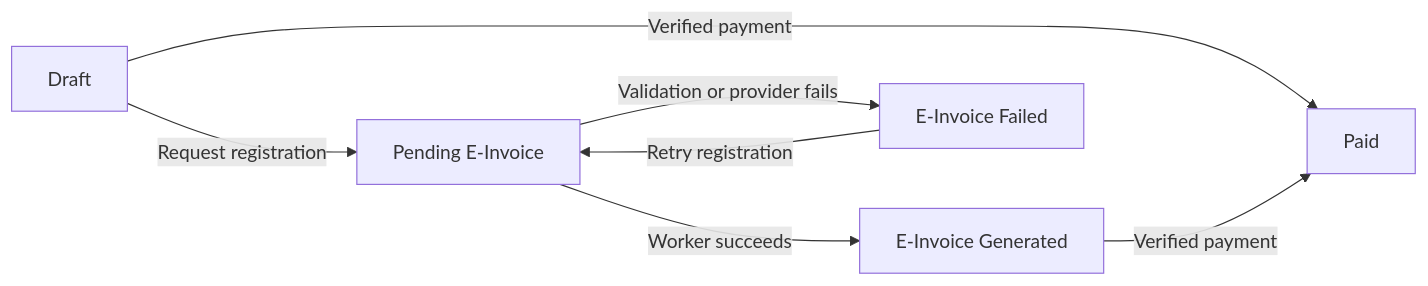
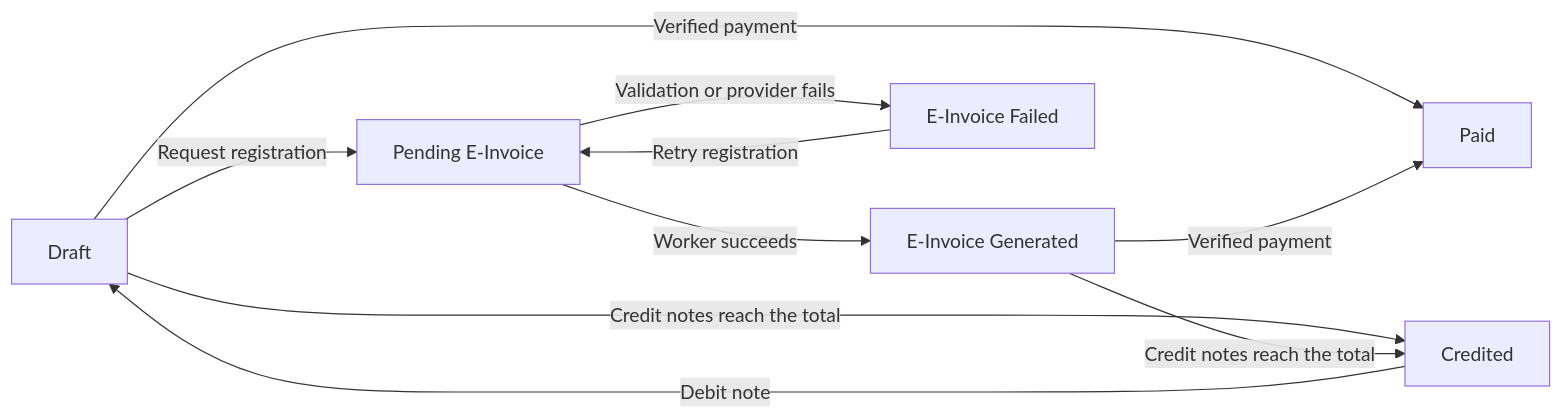
The second of 3 diagrams in docs/Business.md (phravins/QuantumBilling), drawn with Mermaid before and after one commit. The commit also changed other lines of this file and 23 other files, not shown here.

Commit message:
Limit credit notes to what an invoice can still be credited

````diff
--- a/docs/Business.md
+++ b/docs/Business.md
@@ -206,9 +206,12 @@
 ```mermaid
 flowchart LR
   D[Draft] -->|Request registration| P[Pending E-Invoice]
   P -->|Worker succeeds| G[E-Invoice Generated]
   P -->|Validation or provider fails| F[E-Invoice Failed]
   F -->|Retry registration| P
   D -->|Verified payment| V[Paid]
   G -->|Verified payment| V
+  D -->|Credit notes reach the total| C[Credited]
+  G -->|Credit notes reach the total| C
+  C -->|Debit note| D
 ```
````
